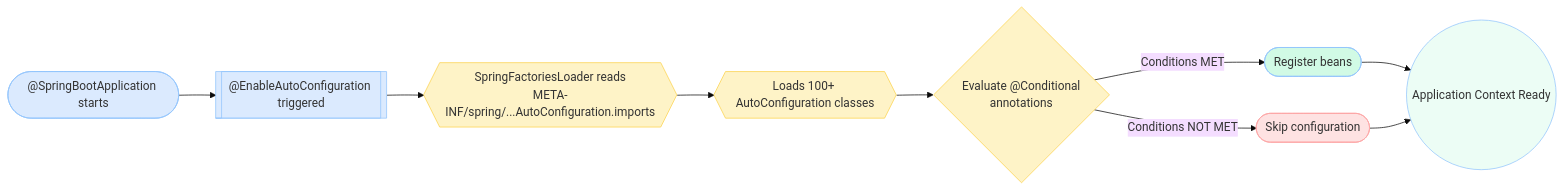
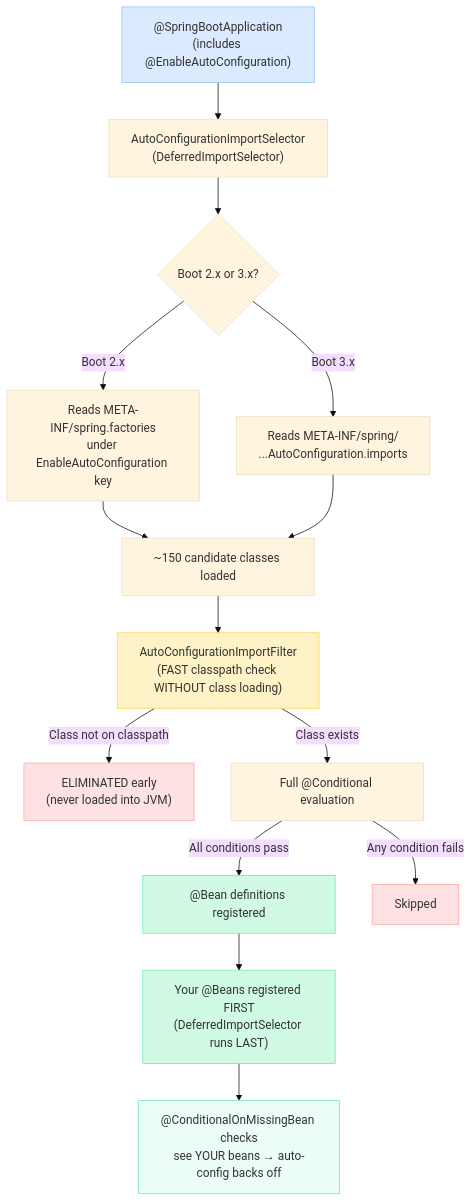
The first of 2 diagrams in docs/springboot/AutoConfiguration.md (saivamsikaruturi/vamsilabs-dev-notes-main), drawn with Mermaid (base theme) before and after one commit. The commit also changed other lines of this file and 21 other files, not shown here.

First line of the commit message:
Rewrite 20 Spring Boot + 2 Microservices pages as deep interview-prep guides

````diff
--- a/docs/springboot/AutoConfiguration.md
+++ b/docs/springboot/AutoConfiguration.md
@@ -45,20 +91,24 @@
 ```mermaid
-flowchart LR
-    A(["@SpringBootApplication starts"]) --> B[["@EnableAutoConfiguration triggered"]]
-    B --> C{{"SpringFactoriesLoader reads<br/>META-INF/spring/...AutoConfiguration.imports"}}
-    C --> D{{"Loads 100+ AutoConfiguration classes"}}
-    D --> E{"Evaluate @Conditional<br/>annotations"}
-    E -->|Conditions MET| F(["Register beans"])
-    E -->|Conditions NOT MET| G(["Skip configuration"])
-    F --> H(("Application Context Ready"))
-    G --> H
+flowchart TD
+    A["@SpringBootApplication<br/>(includes @EnableAutoConfiguration)"] --> B["AutoConfigurationImportSelector<br/>(DeferredImportSelector)"]
+    B --> C{"Boot 2.x or 3.x?"}
+    C -->|"Boot 2.x"| D["Reads META-INF/spring.factories<br/>under EnableAutoConfiguration key"]
+    C -->|"Boot 3.x"| E["Reads META-INF/spring/<br/>...AutoConfiguration.imports"]
+    D --> F["~150 candidate classes loaded"]
+    E --> F
+    F --> G["AutoConfigurationImportFilter<br/>(FAST classpath check WITHOUT class loading)"]
+    G -->|"Class not on classpath"| H["ELIMINATED early<br/>(never loaded into JVM)"]
+    G -->|"Class exists"| I["Full @Conditional evaluation"]
+    I -->|"All conditions pass"| J["@Bean definitions registered"]
+    I -->|"Any condition fails"| K["Skipped"]
+    J --> L["Your @Beans registered FIRST<br/>(DeferredImportSelector runs LAST)"]
+    L --> M["@ConditionalOnMissingBean checks<br/>see YOUR beans → auto-config backs off"]
 
     style A fill:#DBEAFE,stroke:#93C5FD
-    style B fill:#DBEAFE,stroke:#93C5FD
-    style C fill:#FEF3C7,stroke:#FCD34D
-    style D fill:#FEF3C7,stroke:#FCD34D
-    style E fill:#FEF3C7,stroke:#FCD34D
-    style F fill:#D1FAE5,stroke:#93C5FD
-    style G fill:#FEE2E2,stroke:#FCA5A5
-    style H fill:#ECFDF5,stroke:#93C5FD
+    style G fill:#FEF3C7,stroke:#FCD34D
+    style H fill:#FEE2E2,stroke:#FCA5A5
+    style J fill:#D1FAE5,stroke:#6EE7B7
+    style K fill:#FEE2E2,stroke:#FCA5A5
+    style L fill:#D1FAE5,stroke:#6EE7B7
+    style M fill:#ECFDF5,stroke:#6EE7B7
 ```
````
